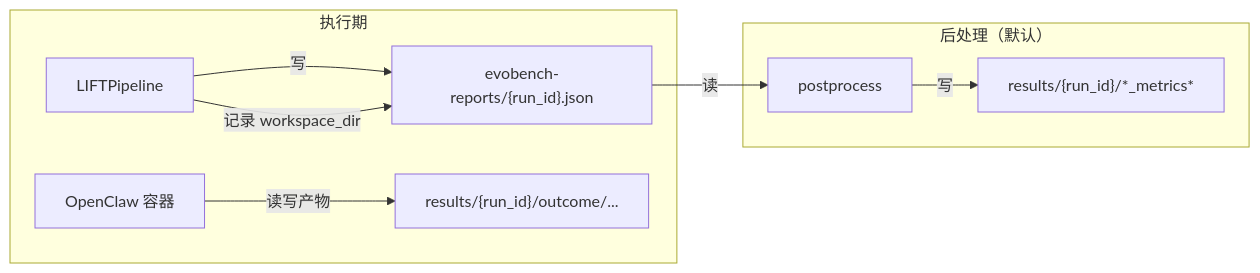
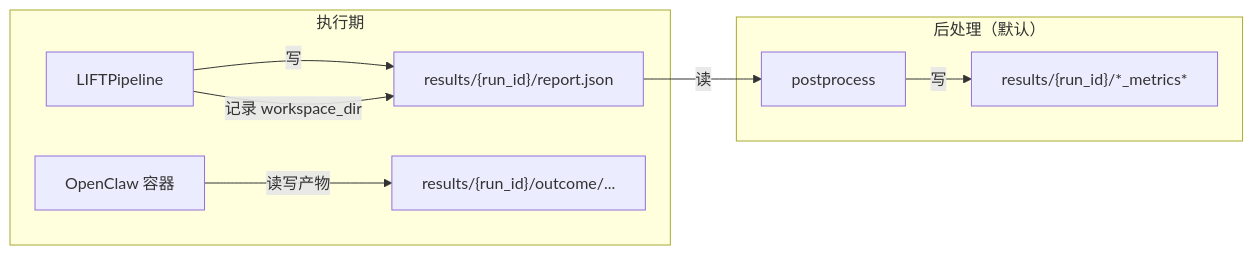
The second of 2 diagrams in docs/lift-framework-guide-cn.md (FeiZhuNiU-INFJA/LIFT), drawn with Mermaid before and after one commit. The commit also changed other lines of this file and 9 other files, not shown here.

````diff
--- a/docs/lift-framework-guide-cn.md
+++ b/docs/lift-framework-guide-cn.md
@@ -428,15 +426,15 @@
 ```mermaid
 flowchart LR
     subgraph exec [执行期]
         Pipe[LIFTPipeline]
         Agent[OpenClaw 容器]
-        Pipe -->|写| Report["evobench-reports/{run_id}.json"]
+        Pipe -->|写| Report["results/{run_id}/report.json"]
         Agent -->|读写产物| Outcome["results/{run_id}/outcome/..."]
         Pipe -->|记录 workspace_dir| Report
     end
 
     subgraph post [后处理（默认）]
         Report -->|读| PP[postprocess]
         PP -->|写| Metrics["results/{run_id}/*_metrics*"]
     end
 ```
````
